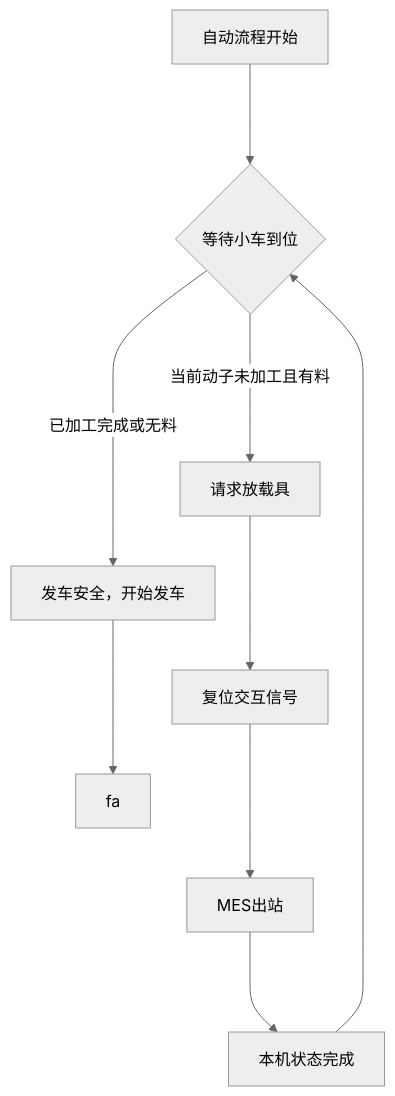
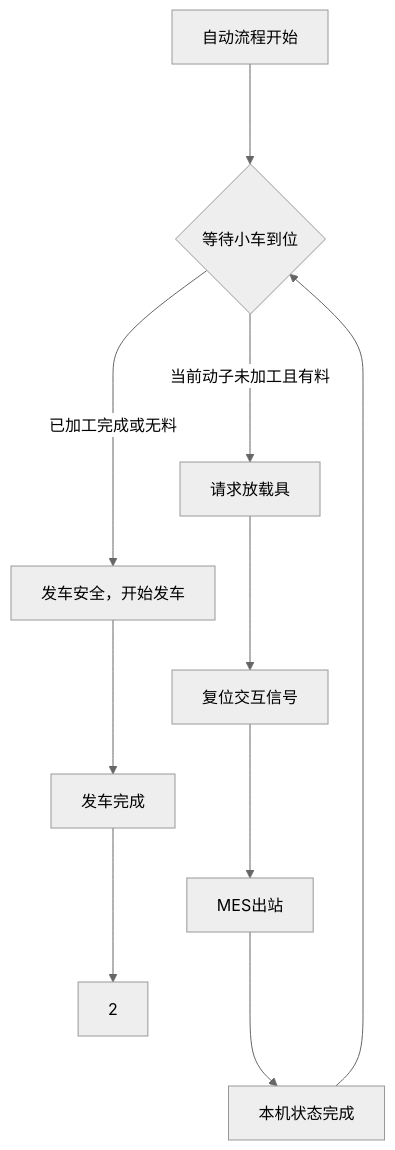
One commit to zmq000/iodraw-files changed the diagram in all/OP70工位9磁悬浮交互工位.md. Above: the diagram before and after it, drawn with Mermaid (neutral theme).

Commit message:
2026-06-17 18:54:37 update

````diff
--- a/all/OP70工位9磁悬浮交互工位.md
+++ b/all/OP70工位9磁悬浮交互工位.md
@@ -1,13 +1,13 @@
 ```mermaid
 graph TD
 自动流程开始--->10
 10{等待小车到位}--->|当前动子未加工且有料|100
 10---->|已加工完成或无料|200
 100[请求放载具]--->110
 110[复位交互信号]--->120
 120[MES出站]--->130
 130[本机状态完成]--->10
 200[发车安全，开始发车]--->210
-210[fa]
+210[发车完成]--->2
   
 ```
````
